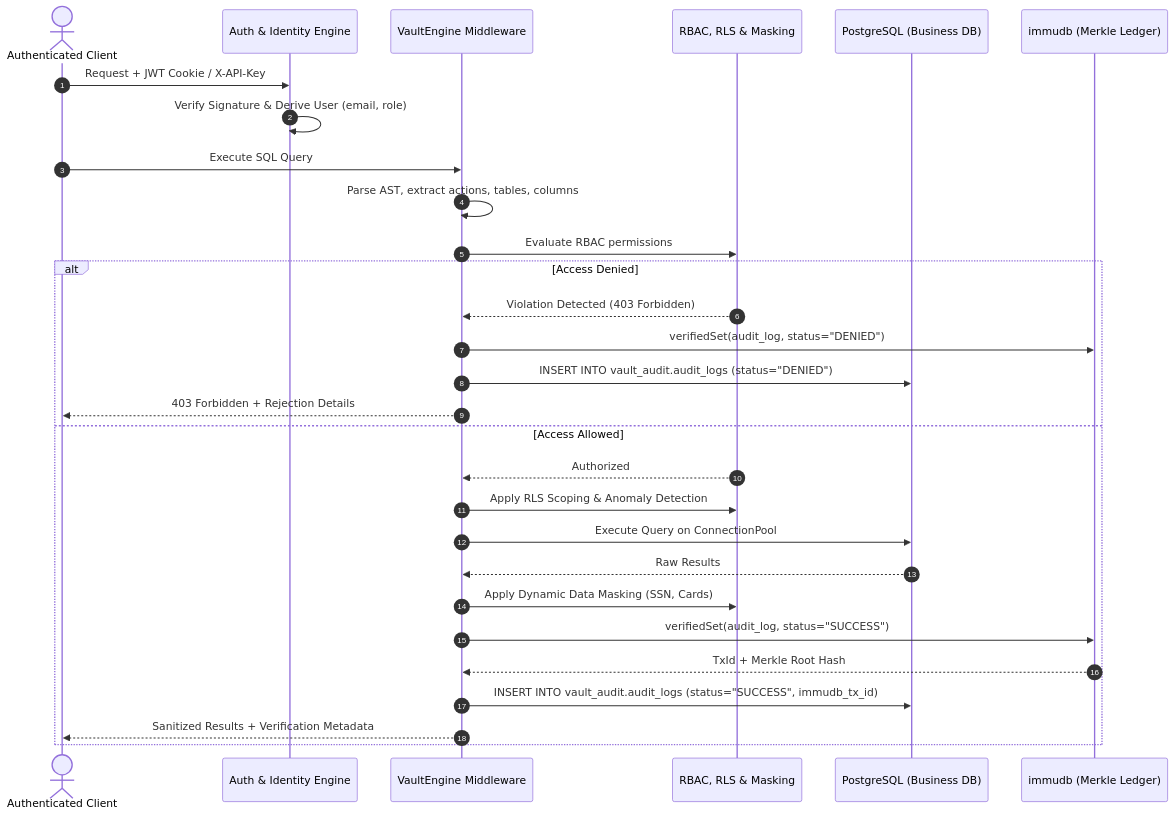
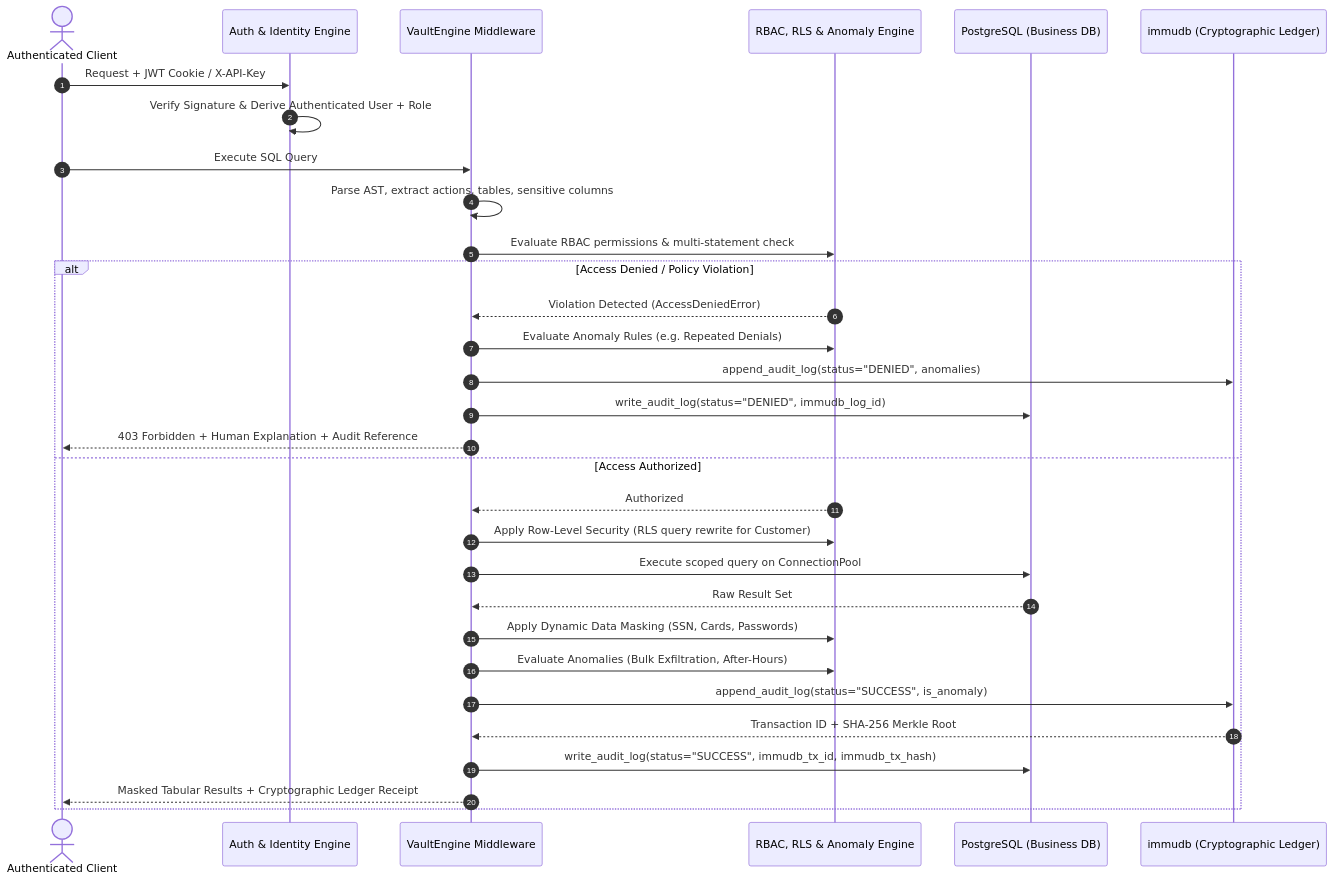
One commit to Sejal-hani/Vault_DB changed the diagram in README.md. Above: the diagram before and after it, drawn with Mermaid. The commit also changed other lines of this file, not shown here.

````diff
--- a/README.md
+++ b/README.md
@@ -62,33 +106,35 @@
 ```mermaid
 sequenceDiagram
     autonumber
     actor Client as Authenticated Client
     participant Auth as Auth & Identity Engine
     participant Engine as VaultEngine Middleware
-    participant Policy as RBAC, RLS & Masking
+    participant Policy as RBAC, RLS & Anomaly Engine
     participant PG as PostgreSQL (Business DB)
-    participant Immu as immudb (Merkle Ledger)
+    participant Immu as immudb (Cryptographic Ledger)
 
     Client->>Auth: Request + JWT Cookie / X-API-Key
-    Auth->>Auth: Verify Signature & Derive User (email, role)
+    Auth->>Auth: Verify Signature & Derive Authenticated User + Role
     Client->>Engine: Execute SQL Query
-    Engine->>Engine: Parse AST, extract actions, tables, columns
-    Engine->>Policy: Evaluate RBAC permissions
+    Engine->>Engine: Parse AST, extract actions, tables, sensitive columns
+    Engine->>Policy: Evaluate RBAC permissions & multi-statement check
 
-    alt Access Denied
-        Policy-->>Engine: Violation Detected (403 Forbidden)
-        Engine->>Immu: verifiedSet(audit_log, status="DENIED")
-        Engine->>PG: INSERT INTO vault_audit.audit_logs (status="DENIED")
-        Engine-->>Client: 403 Forbidden + Rejection Details
-    else Access Allowed
+    alt Access Denied / Policy Violation
+        Policy-->>Engine: Violation Detected (AccessDeniedError)
+        Engine->>Policy: Evaluate Anomaly Rules (e.g. Repeated Denials)
+        Engine->>Immu: append_audit_log(status="DENIED", anomalies)
+        Engine->>PG: write_audit_log(status="DENIED", immudb_log_id)
+        Engine-->>Client: 403 Forbidden + Human Explanation + Audit Reference
+    else Access Authorized
         Policy-->>Engine: Authorized
-        Engine->>Policy: Apply RLS Scoping & Anomaly Detection
-        Engine->>PG: Execute Query on ConnectionPool
-        PG-->>Engine: Raw Results
-        Engine->>Policy: Apply Dynamic Data Masking (SSN, Cards)
-        Engine->>Immu: verifiedSet(audit_log, status="SUCCESS")
-        Immu-->>Engine: TxId + Merkle Root Hash
-        Engine->>PG: INSERT INTO vault_audit.audit_logs (status="SUCCESS", immudb_tx_id)
-        Engine-->>Client: Sanitized Results + Verification Metadata
+        Engine->>Policy: Apply Row-Level Security (RLS query rewrite for Customer)
+        Engine->>PG: Execute scoped query on ConnectionPool
+        PG-->>Engine: Raw Result Set
+        Engine->>Policy: Apply Dynamic Data Masking (SSN, Cards, Passwords)
+        Engine->>Policy: Evaluate Anomalies (Bulk Exfiltration, After-Hours)
+        Engine->>Immu: append_audit_log(status="SUCCESS", is_anomaly)
+        Immu-->>Engine: Transaction ID + SHA-256 Merkle Root
+        Engine->>PG: write_audit_log(status="SUCCESS", immudb_tx_id, immudb_tx_hash)
+        Engine-->>Client: Masked Tabular Results + Cryptographic Ledger Receipt
     end
 ```
````
